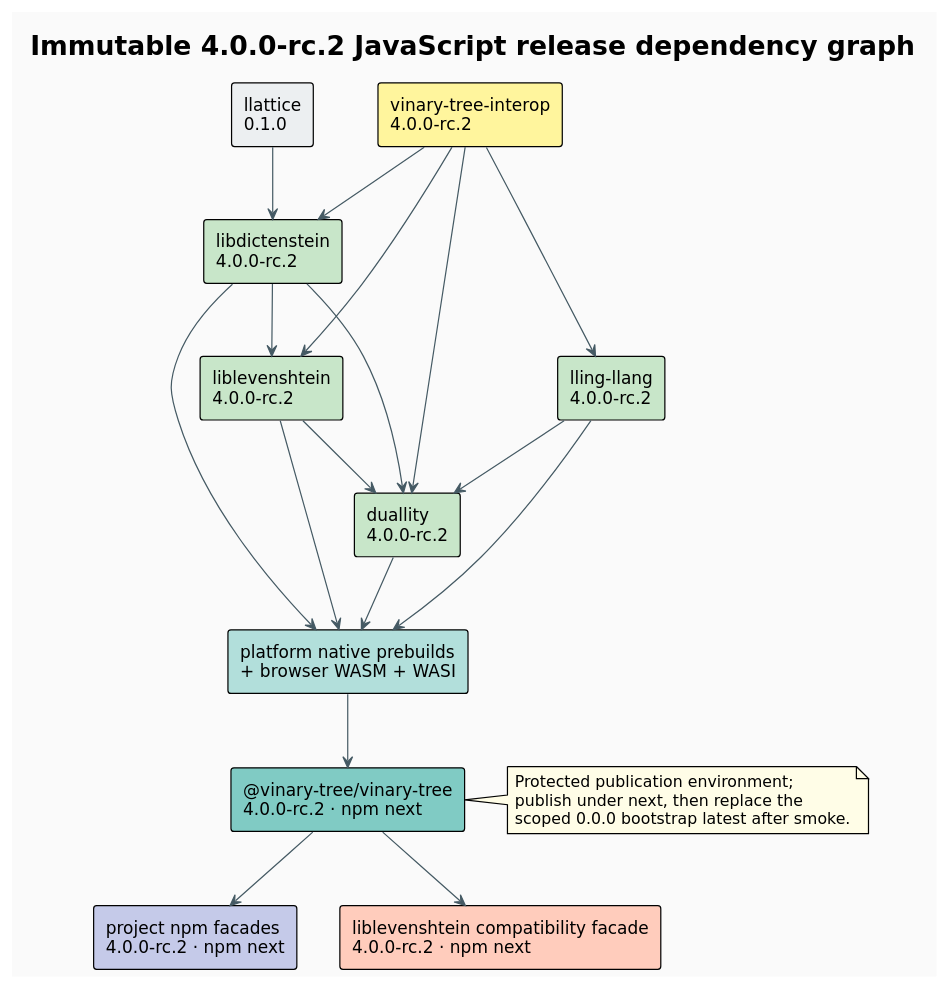
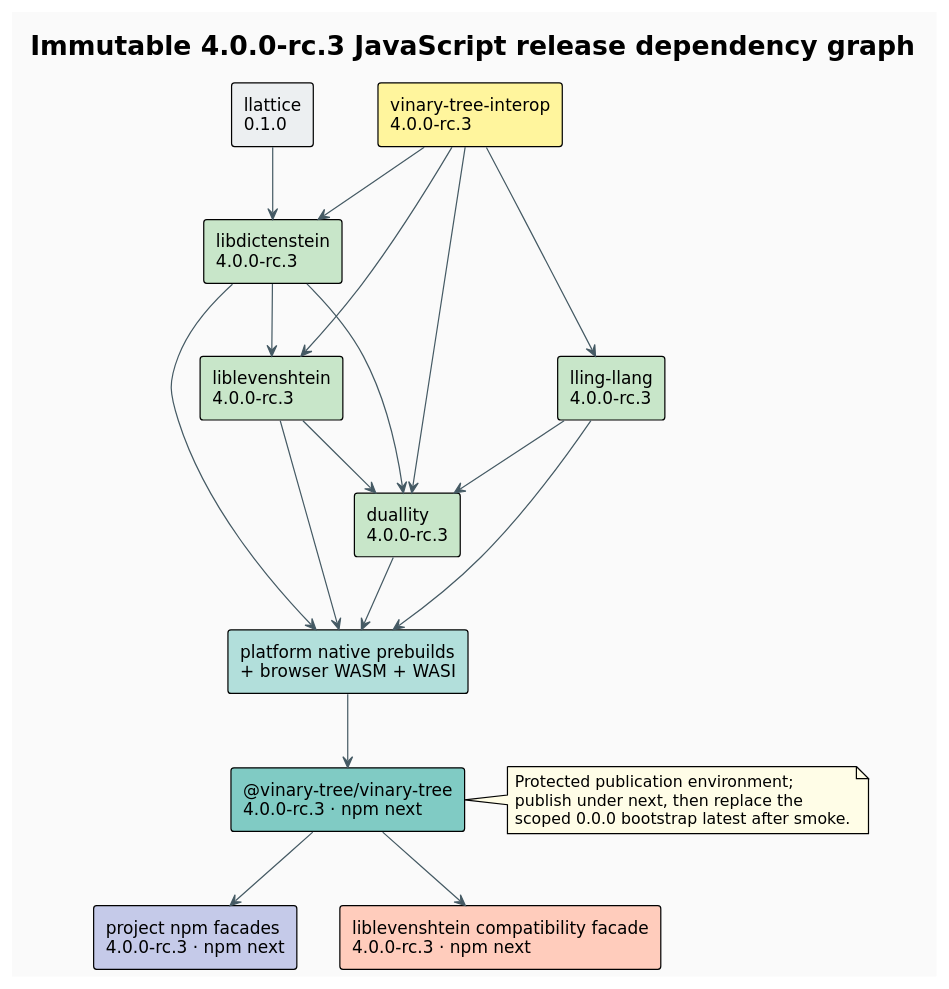
The diagram in docs/diagrams/release-dependency-graph.puml (vinary-tree/javascript-runtime), drawn with PlantUML before and after one commit. The commit also changed 13 other files, not shown here.

First line of the commit message:
release: freeze shared JavaScript runtime at 4.0.0-rc.3

```diff
--- a/docs/diagrams/release-dependency-graph.puml
+++ b/docs/diagrams/release-dependency-graph.puml
@@ -1,42 +1,42 @@
 @startuml
 !theme plain
 skinparam backgroundColor #FAFAFA
 skinparam shadowing false
 skinparam ArrowColor #455A64
 skinparam defaultFontName DejaVu Sans
-title Immutable 4.0.0-rc.2 JavaScript release dependency graph
+title Immutable 4.0.0-rc.3 JavaScript release dependency graph
 
 rectangle "llattice\n0.1.0" as lattice #ECEFF1
-rectangle "vinary-tree-interop\n4.0.0-rc.2" as interop #FFF59D
-rectangle "libdictenstein\n4.0.0-rc.2" as dict #C8E6C9
-rectangle "liblevenshtein\n4.0.0-rc.2" as lev #C8E6C9
-rectangle "lling-llang\n4.0.0-rc.2" as lling #C8E6C9
-rectangle "duallity\n4.0.0-rc.2" as dual #C8E6C9
+rectangle "vinary-tree-interop\n4.0.0-rc.3" as interop #FFF59D
+rectangle "libdictenstein\n4.0.0-rc.3" as dict #C8E6C9
+rectangle "liblevenshtein\n4.0.0-rc.3" as lev #C8E6C9
+rectangle "lling-llang\n4.0.0-rc.3" as lling #C8E6C9
+rectangle "duallity\n4.0.0-rc.3" as dual #C8E6C9
 rectangle "platform native prebuilds\n+ browser WASM + WASI" as artifacts #B2DFDB
-rectangle "@vinary-tree/vinary-tree\n4.0.0-rc.2 · npm next" as runtime #80CBC4
-rectangle "project npm facades\n4.0.0-rc.2 · npm next" as facades #C5CAE9
-rectangle "liblevenshtein compatibility facade\n4.0.0-rc.2 · npm next" as legacy #FFCCBC
+rectangle "@vinary-tree/vinary-tree\n4.0.0-rc.3 · npm next" as runtime #80CBC4
+rectangle "project npm facades\n4.0.0-rc.3 · npm next" as facades #C5CAE9
+rectangle "liblevenshtein compatibility facade\n4.0.0-rc.3 · npm next" as legacy #FFCCBC
 
 lattice --> dict
 interop --> dict
 interop --> lev
 interop --> lling
 interop --> dual
 dict --> lev
 dict --> dual
 lev --> dual
 lling --> dual
 dict --> artifacts
 lev --> artifacts
 lling --> artifacts
 dual --> artifacts
 artifacts --> runtime
 runtime --> facades
 runtime --> legacy
 
 note right of runtime #FFFDE7
   Protected publication environment;
   publish under next, then replace the
   scoped 0.0.0 bootstrap latest after smoke.
 end note
 @enduml
```
